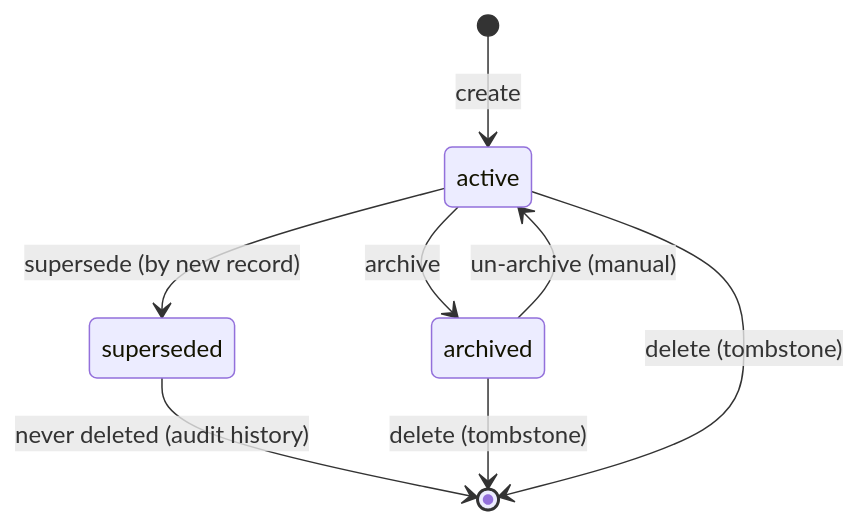
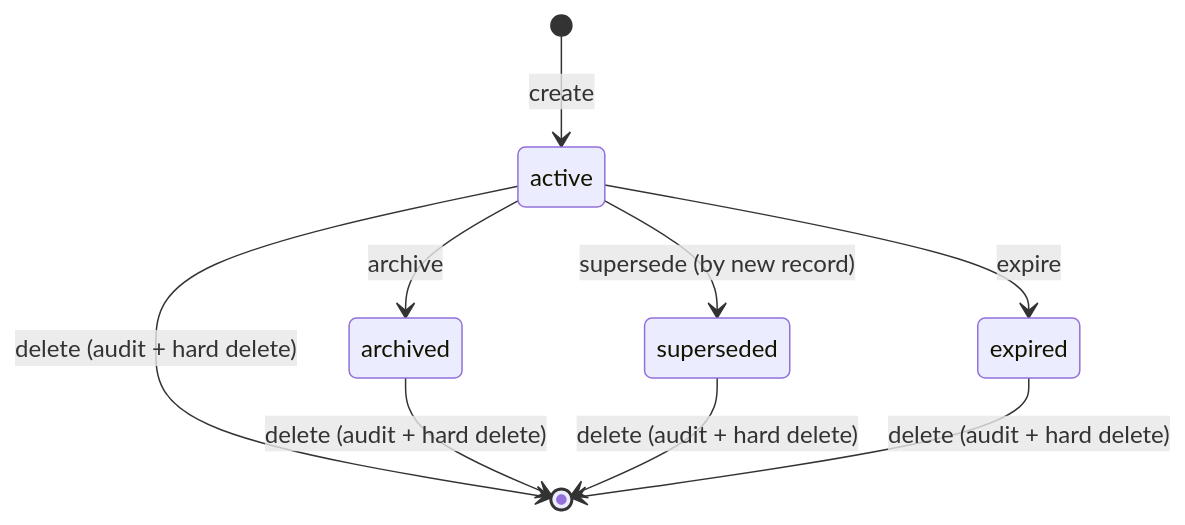
Before and after one commit to salva/saivage: the diagram in docs/internals/knowledge/skills-and-memory.md, drawn with Mermaid. The commit also changed other lines of this file, not shown here.

````diff
--- a/docs/internals/knowledge/skills-and-memory.md
+++ b/docs/internals/knowledge/skills-and-memory.md
@@ -118,10 +120,11 @@
 ```mermaid
 stateDiagram-v2
     [*] --> active : create
     active --> superseded : supersede (by new record)
     active --> archived : archive
-    archived --> active : un-archive (manual)
-    superseded --> [*] : never deleted (audit history)
-    archived --> [*] : delete (tombstone)
-    active --> [*] : delete (tombstone)
+  active --> expired : expire
+  active --> [*] : delete (audit + hard delete)
+  archived --> [*] : delete (audit + hard delete)
+  superseded --> [*] : delete (audit + hard delete)
+  expired --> [*] : delete (audit + hard delete)
 ```
````
